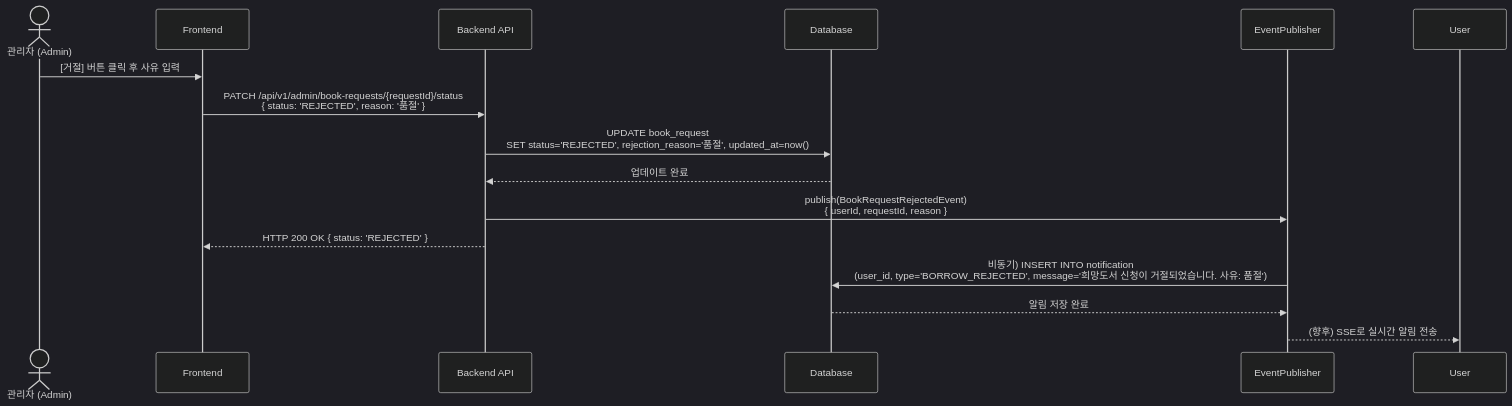
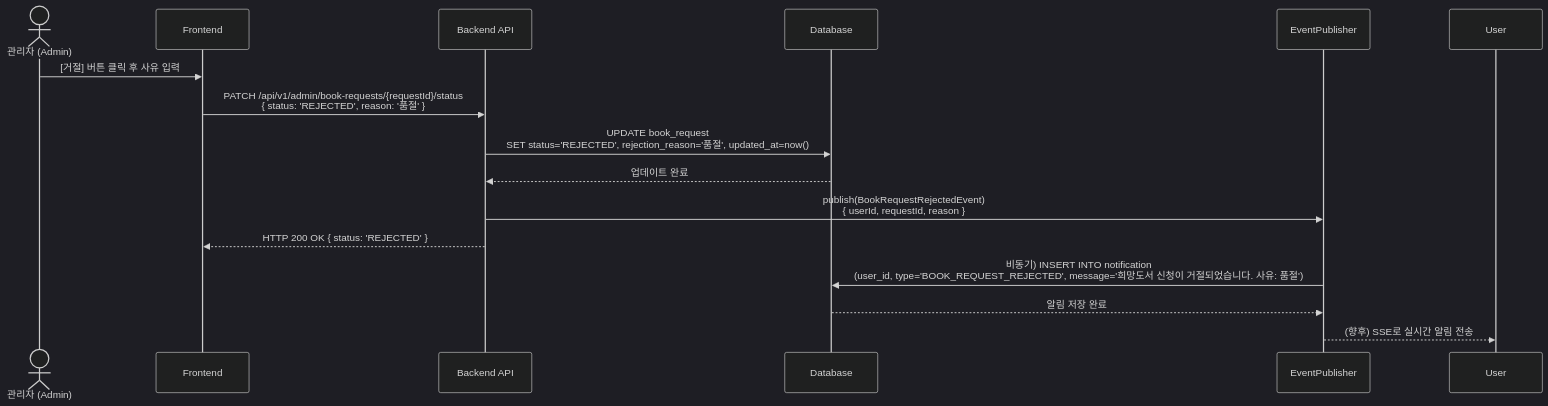
Before and after one commit to Boogieman-lab/book-management-system: the fourth of 5 diagrams in docs/02_design/architecture/sequence/book_request_sequence.md, drawn with Mermaid (dark theme). The commit also changed other lines of this file and 2 other files, not shown here.

First line of the commit message:
docs: 알림 타입명 잔여 오염 정정 및 희망도서 ARRIVED 상태 추가 (C-02, C-03)

````diff
--- a/docs/02_design/architecture/sequence/book_request_sequence.md
+++ b/docs/02_design/architecture/sequence/book_request_sequence.md
@@ -122,24 +122,24 @@
 ```mermaid
 sequenceDiagram
     actor Admin as 관리자 (Admin)
     participant Client as Frontend
     participant Server as Backend API
     participant DB as Database
     participant Event as EventPublisher
 
     Admin->>Client: [거절] 버튼 클릭 후 사유 입력
 
     Client->>Server: PATCH /api/v1/admin/book-requests/{requestId}/status<br>{ status: 'REJECTED', reason: '품절' }
 
     Server->>DB: UPDATE book_request<br>SET status='REJECTED', rejection_reason='품절', updated_at=now()
     DB-->>Server: 업데이트 완료
 
     Server->>Event: publish(BookRequestRejectedEvent)<br>{ userId, requestId, reason }
 
     Server-->>Client: HTTP 200 OK { status: 'REJECTED' }
 
-    Event->>DB: 비동기) INSERT INTO notification<br>(user_id, type='BORROW_REJECTED', message='희망도서 신청이 거절되었습니다. 사유: 품절')
+    Event->>DB: 비동기) INSERT INTO notification<br>(user_id, type='BOOK_REQUEST_REJECTED', message='희망도서 신청이 거절되었습니다. 사유: 품절')
     DB-->>Event: 알림 저장 완료
 
     Event-->>User: (향후) SSE로 실시간 알림 전송
 ```
````
